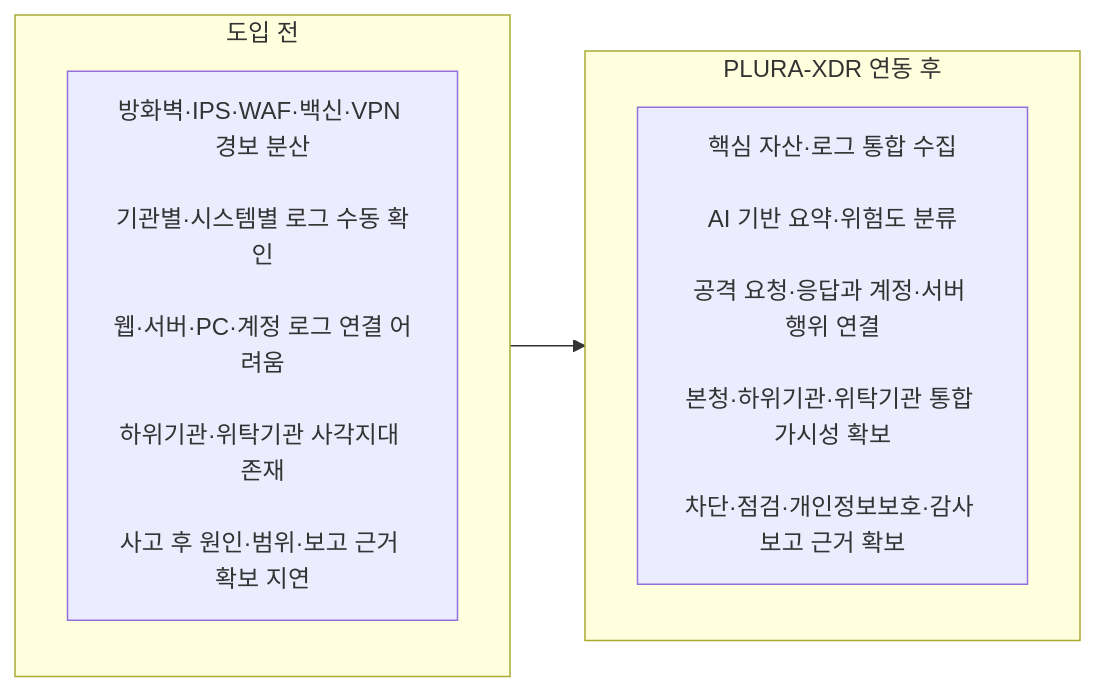
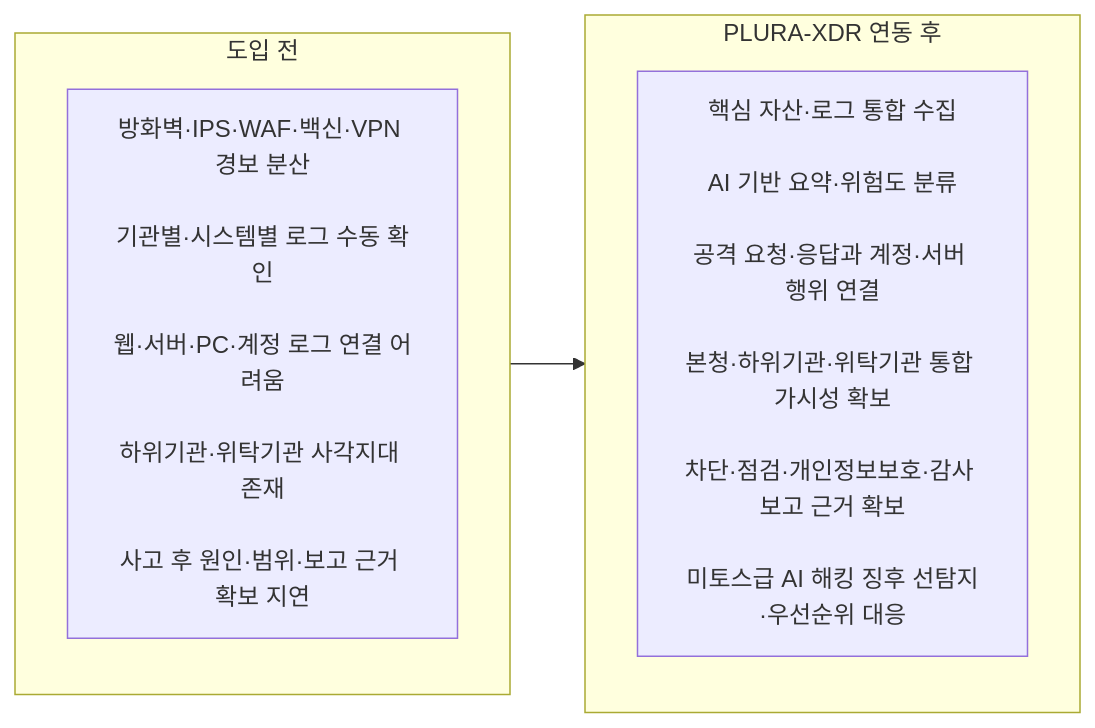
One commit to qubitsec/plura changed the first of 7 diagrams in ko/proposal/local-government/full.md. Above: the diagram before and after it, drawn with Mermaid. The commit also changed other lines of this file, not shown here.

````diff
--- a/ko/proposal/local-government/full.md
+++ b/ko/proposal/local-government/full.md
@@ -121,12 +131,12 @@
 ```mermaid
 flowchart LR
     subgraph Before[도입 전]
         B1["방화벽·IPS·WAF·백신·VPN 경보 분산<br><br>기관별·시스템별 로그 수동 확인<br><br>웹·서버·PC·계정 로그 연결 어려움<br><br>하위기관·위탁기관 사각지대 존재<br><br>사고 후 원인·범위·보고 근거 확보 지연"]
     end
 
     subgraph After[PLURA-XDR 연동 후]
-        A1["핵심 자산·로그 통합 수집<br><br>AI 기반 요약·위험도 분류<br><br>공격 요청·응답과 계정·서버 행위 연결<br><br>본청·하위기관·위탁기관 통합 가시성 확보<br><br>차단·점검·개인정보보호·감사 보고 근거 확보"]
+        A1["핵심 자산·로그 통합 수집<br><br>AI 기반 요약·위험도 분류<br><br>공격 요청·응답과 계정·서버 행위 연결<br><br>본청·하위기관·위탁기관 통합 가시성 확보<br><br>차단·점검·개인정보보호·감사 보고 근거 확보<br><br>미토스급 AI 해킹 징후 선탐지·우선순위 대응"]
     end
 
     Before --> After
 ```
````
